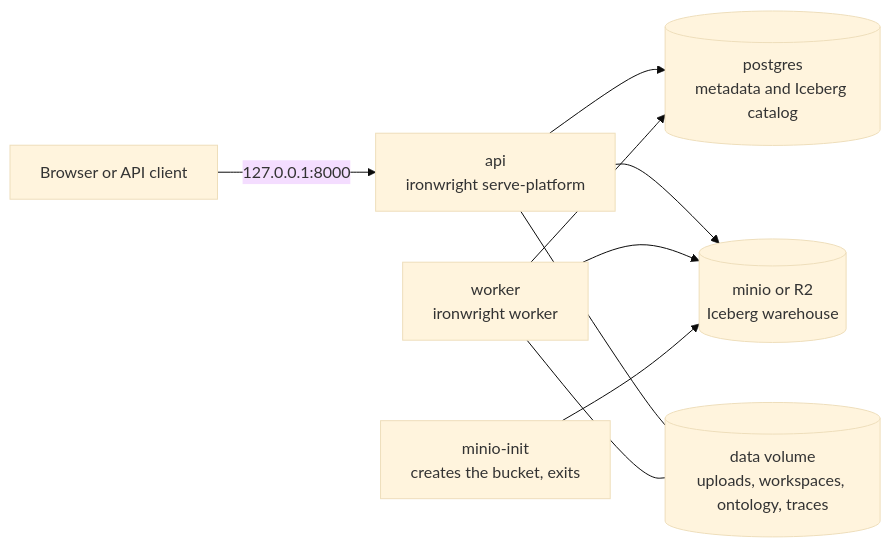
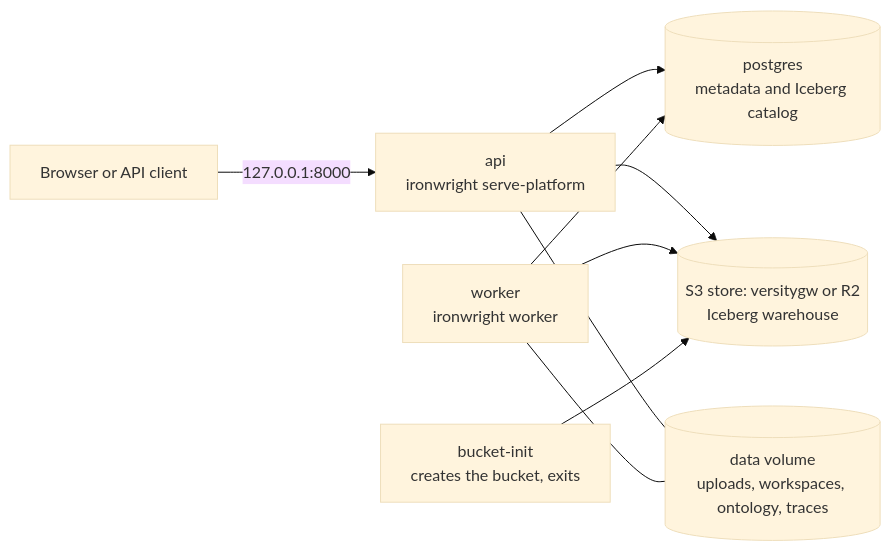
The diagram in docs/deploy-hosted.md (ShreyPatel4/ironwright), drawn with Mermaid (base theme) before and after one commit. The commit also changed other lines of this file and 5 other files, not shown here.

````diff
--- a/docs/deploy-hosted.md
+++ b/docs/deploy-hosted.md
@@ -6,12 +6,12 @@
 ```mermaid
 flowchart LR
   U["Browser or API client"] -->|"127.0.0.1:8000"| A["api<br/>ironwright serve-platform"]
   W["worker<br/>ironwright worker"]
   A --> P[("postgres<br/>metadata and Iceberg catalog")]
   W --> P
-  A --> M[("minio or R2<br/>Iceberg warehouse")]
+  A --> M[("S3 store: versitygw or R2<br/>Iceberg warehouse")]
   W --> M
   A --- V[("data volume<br/>uploads, workspaces, ontology, traces")]
   W --- V
-  I["minio-init<br/>creates the bucket, exits"] --> M
+  I["bucket-init<br/>creates the bucket, exits"] --> M
 ```
````
